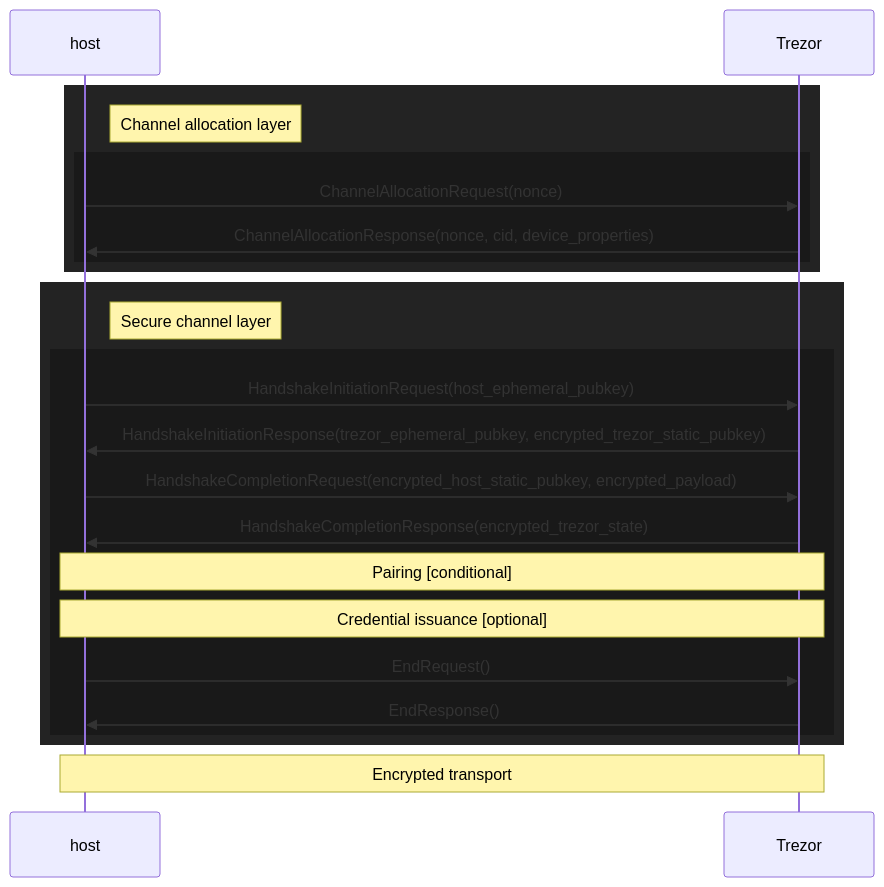
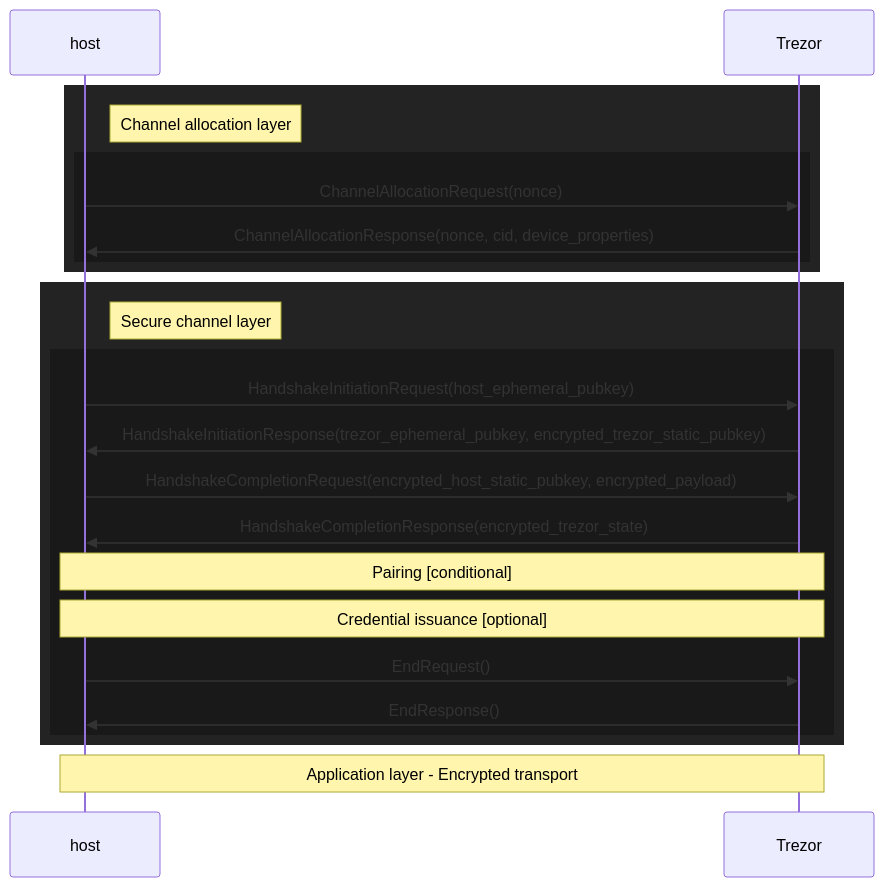
One commit to trezor/trezor-firmware changed the first of 15 diagrams in docs/common/thp/specification.md. Above: the diagram before and after it, drawn with Mermaid. The commit also changed other lines of this file, not shown here.

````diff
--- a/docs/common/thp/specification.md
+++ b/docs/common/thp/specification.md
@@ -77,27 +77,27 @@
 ```mermaid
 sequenceDiagram
   participant host
   participant Trezor
   rect rgb(35, 35, 35)   
     Note right of host: Channel allocation layer
     rect rgb(25,25,25)
 
         host ->> Trezor: ChannelAllocationRequest(nonce)
         Trezor ->> host: ChannelAllocationResponse(nonce, cid, device_properties)
     end
   end
     rect rgb(35, 35, 35)   
         Note right of host: Secure channel layer
         rect rgb(25,25,25)
             host ->> Trezor: HandshakeInitiationRequest(host_ephemeral_pubkey)
             Trezor ->> host: HandshakeInitiationResponse(trezor_ephemeral_pubkey, encrypted_trezor_static_pubkey)
             host ->> Trezor: HandshakeCompletionRequest(encrypted_host_static_pubkey, encrypted_payload)
             Trezor ->> host: HandshakeCompletionResponse(encrypted_trezor_state)
             Note over host,Trezor: Pairing [conditional]
             Note over host,Trezor: Credential issuance [optional]
         host ->> Trezor: EndRequest()
         Trezor ->> host: EndResponse()
         end
     end
-    Note over host,Trezor: Encrypted transport
+    Note over host,Trezor: Application layer - Encrypted transport
 ```
````
